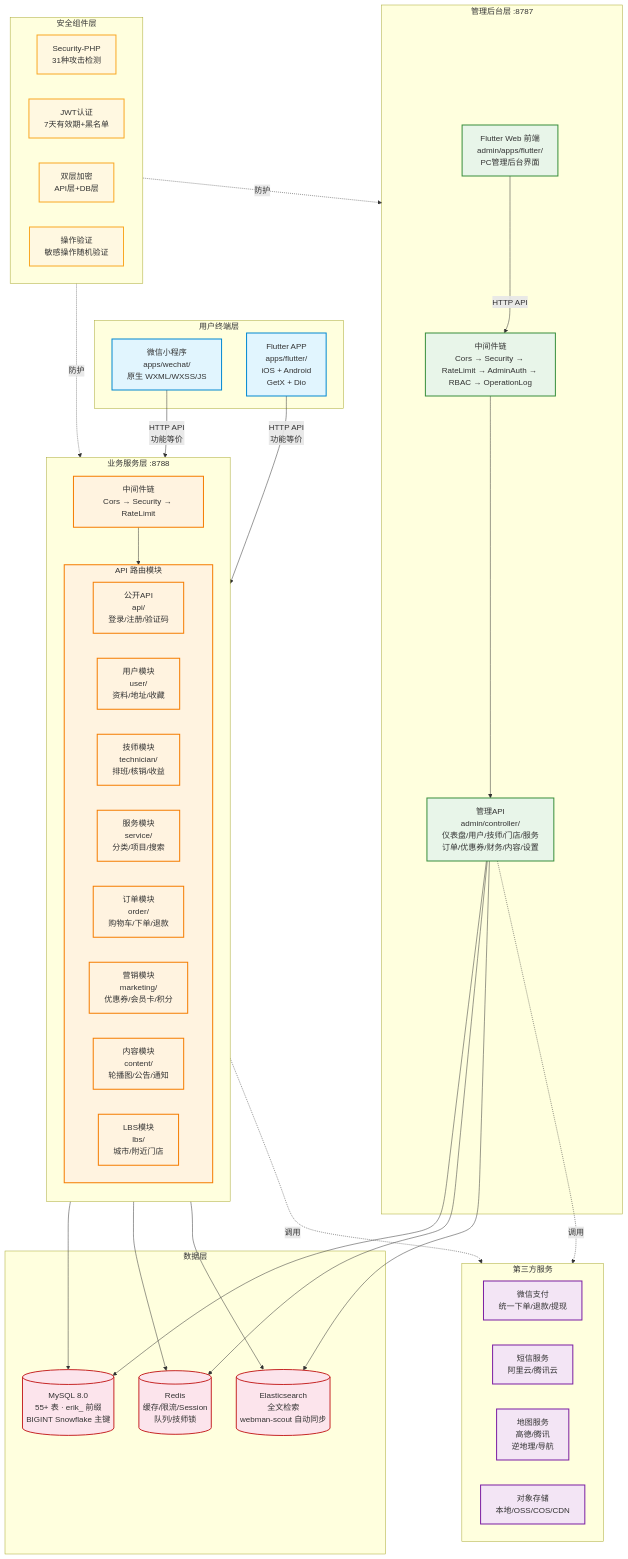
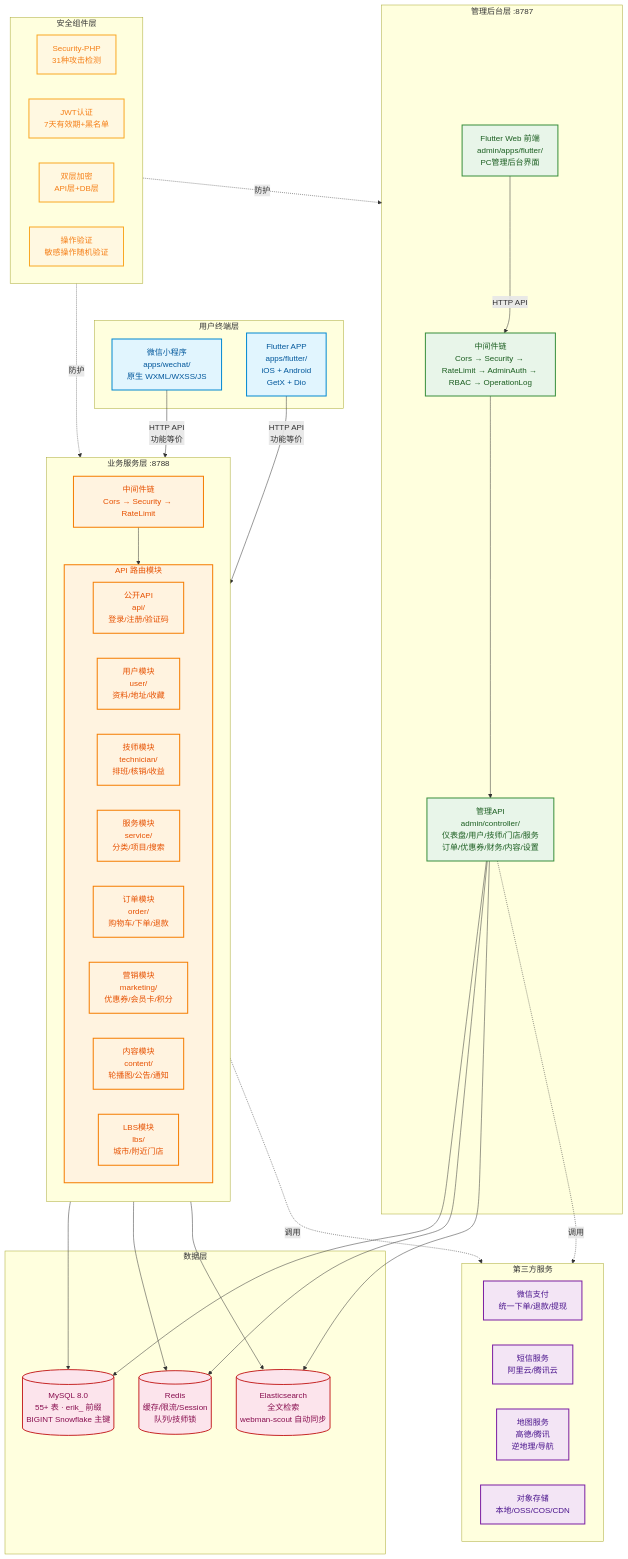
One commit to erikwang2013/appointment-php changed the diagram in docs/diagrams/ARCHITECTURE-DIAGRAM.md. Above: the diagram before and after it, drawn with Mermaid. The commit also changed 4 other files, not shown here.

Commit message:
增加安全架构图

````diff
--- a/docs/diagrams/ARCHITECTURE-DIAGRAM.md
+++ b/docs/diagrams/ARCHITECTURE-DIAGRAM.md
@@ -3,82 +3,82 @@
 ```mermaid
 graph TB
     subgraph 用户终端层["用户终端层"]
         WX["微信小程序<br/>apps/wechat/<br/>原生 WXML/WXSS/JS"]
         APP["Flutter APP<br/>apps/flutter/<br/>iOS + Android<br/>GetX + Dio"]
     end
 
     subgraph 业务服务层["业务服务层 :8788"]
         direction TB
         MW1["中间件链<br/>Cors → Security → RateLimit"]
         subgraph API模块["API 路由模块"]
             PUB["公开API<br/>api/<br/>登录/注册/验证码"]
             USER["用户模块<br/>user/<br/>资料/地址/收藏"]
             TECH["技师模块<br/>technician/<br/>排班/核销/收益"]
             SVC["服务模块<br/>service/<br/>分类/项目/搜索"]
             ORD["订单模块<br/>order/<br/>购物车/下单/退款"]
             MKT["营销模块<br/>marketing/<br/>优惠券/会员卡/积分"]
             CTN["内容模块<br/>content/<br/>轮播图/公告/通知"]
             LBS["LBS模块<br/>lbs/<br/>城市/附近门店"]
         end
     end
 
     subgraph 管理后台层["管理后台层 :8787"]
         MW2["中间件链<br/>Cors → Security → RateLimit → AdminAuth → RBAC → OperationLog"]
         ADMIN_API["管理API<br/>admin/controller/<br/>仪表盘/用户/技师/门店/服务<br/>订单/优惠券/财务/内容/设置"]
         FLUTTER_WEB["Flutter Web 前端<br/>admin/apps/flutter/<br/>PC管理后台界面"]
     end
 
     subgraph 数据层["数据层"]
         MySQL[("MySQL 8.0<br/>55+ 表 · erik_ 前缀<br/>BIGINT Snowflake 主键")]
         Redis[("Redis<br/>缓存/限流/Session<br/>队列/技师锁")]
         ES[("Elasticsearch<br/>全文检索<br/>webman-scout 自动同步")]
     end
 
     subgraph 外部服务["第三方服务"]
         WXPAY["微信支付<br/>统一下单/退款/提现"]
         SMS["短信服务<br/>阿里云/腾讯云"]
         MAP["地图服务<br/>高德/腾讯<br/>逆地理/导航"]
         OSS["对象存储<br/>本地/OSS/COS/CDN"]
     end
 
     subgraph 安全组件["安全组件层"]
         SEC["Security-PHP<br/>31种攻击检测"]
         JWT["JWT认证<br/>7天有效期+黑名单"]
         ENC["双层加密<br/>API层+DB层"]
         POSTER["操作验证<br/>敏感操作随机验证"]
     end
 
     WX -->|"HTTP API<br/>功能等价"| MW1
     APP -->|"HTTP API<br/>功能等价"| MW1
     MW1 --> API模块
 
     FLUTTER_WEB -->|"HTTP API"| MW2
     MW2 --> ADMIN_API
 
     API模块 --> MySQL
     API模块 --> Redis
     API模块 --> ES
     ADMIN_API --> MySQL
     ADMIN_API --> Redis
     ADMIN_API --> ES
 
     安全组件 -.->|防护| 业务服务层
     安全组件 -.->|防护| 管理后台层
 
     API模块 -.->|调用| 外部服务
     ADMIN_API -.->|调用| 外部服务
 
-    classDef terminal fill:#e1f5fe,stroke:#0288d1,stroke-width:2px
-    classDef service fill:#fff3e0,stroke:#f57c00,stroke-width:2px
-    classDef admin fill:#e8f5e9,stroke:#388e3c,stroke-width:2px
-    classDef data fill:#fce4ec,stroke:#c62828,stroke-width:2px
-    classDef external fill:#f3e5f5,stroke:#7b1fa2,stroke-width:2px
-    classDef security fill:#fff8e1,stroke:#f9a825,stroke-width:2px
+    classDef terminal fill:#e1f5fe,stroke:#0288d1,stroke-width:2px,color:#01579b
+    classDef service fill:#fff3e0,stroke:#f57c00,stroke-width:2px,color:#e65100
+    classDef admin fill:#e8f5e9,stroke:#388e3c,stroke-width:2px,color:#1b5e20
+    classDef data fill:#fce4ec,stroke:#c62828,stroke-width:2px,color:#880e4f
+    classDef external fill:#f3e5f5,stroke:#7b1fa2,stroke-width:2px,color:#4a148c
+    classDef security fill:#fff8e1,stroke:#f9a825,stroke-width:2px,color:#f57f17
 
     class WX,APP terminal
     class MW1,API模块,PUB,USER,TECH,SVC,ORD,MKT,CTN,LBS service
     class MW2,ADMIN_API,FLUTTER_WEB admin
     class MySQL,Redis,ES data
     class WXPAY,SMS,MAP,OSS external
     class SEC,JWT,ENC,POSTER security
 ```
````
